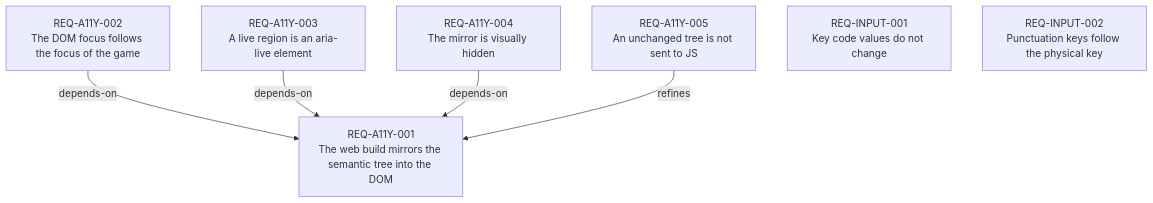
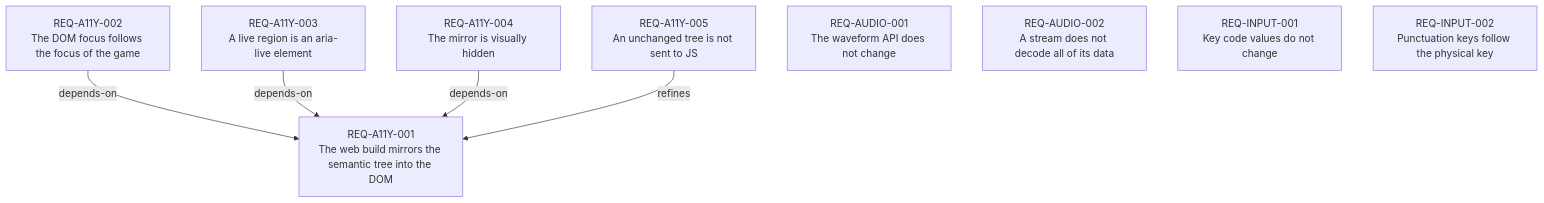
The diagram in requirements/index.md (seanmizen/swindowzig), drawn with Mermaid before and after one commit. The commit also changed other lines of this file and 22 other files, not shown here.

````diff
--- a/requirements/index.md
+++ b/requirements/index.md
@@ -18,14 +20,16 @@
 ```mermaid
 graph TD
   REQ_A11Y_001["REQ-A11Y-001<br/>The web build mirrors the semantic tree into the DOM"]
   REQ_A11Y_002["REQ-A11Y-002<br/>The DOM focus follows the focus of the game"]
   REQ_A11Y_003["REQ-A11Y-003<br/>A live region is an aria-live element"]
   REQ_A11Y_004["REQ-A11Y-004<br/>The mirror is visually hidden"]
   REQ_A11Y_005["REQ-A11Y-005<br/>An unchanged tree is not sent to JS"]
+  REQ_AUDIO_001["REQ-AUDIO-001<br/>The waveform API does not change"]
+  REQ_AUDIO_002["REQ-AUDIO-002<br/>A stream does not decode all of its data"]
   REQ_INPUT_001["REQ-INPUT-001<br/>Key code values do not change"]
   REQ_INPUT_002["REQ-INPUT-002<br/>Punctuation keys follow the physical key"]
   REQ_A11Y_002 -->|depends-on| REQ_A11Y_001
   REQ_A11Y_003 -->|depends-on| REQ_A11Y_001
   REQ_A11Y_004 -->|depends-on| REQ_A11Y_001
   REQ_A11Y_005 -->|refines| REQ_A11Y_001
 ```
````
